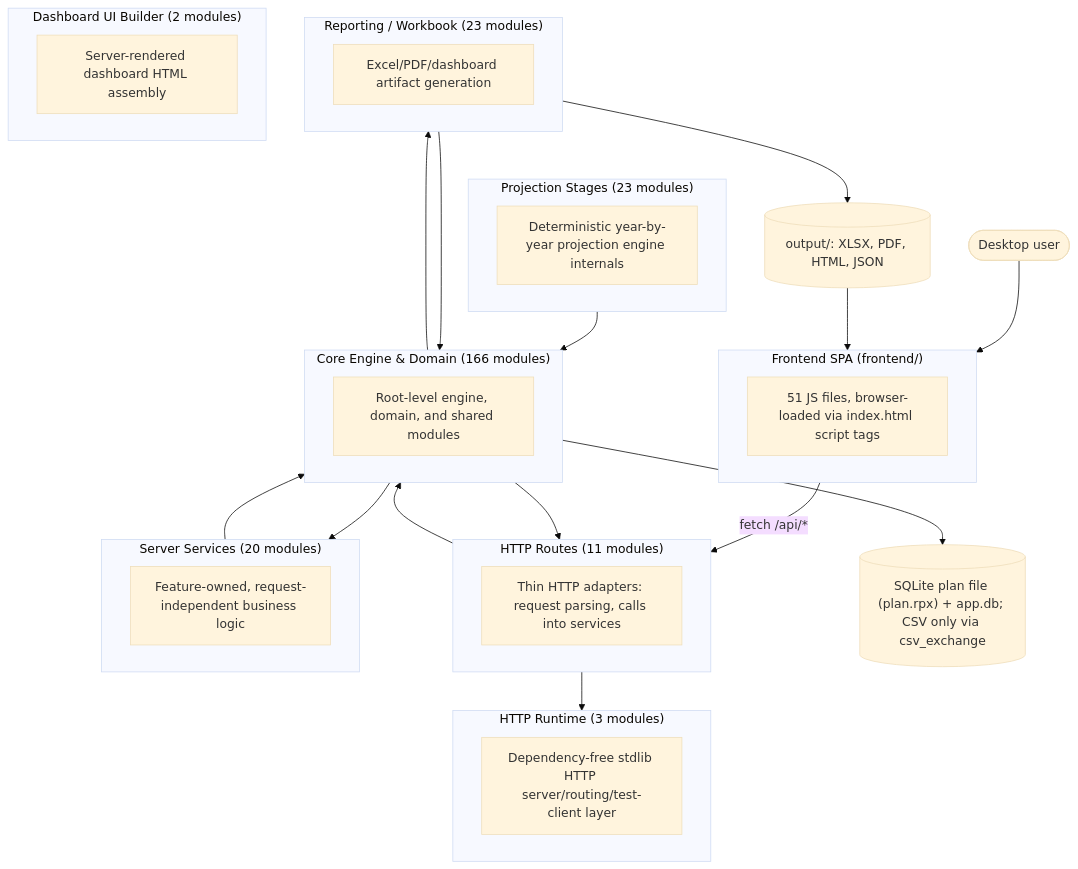
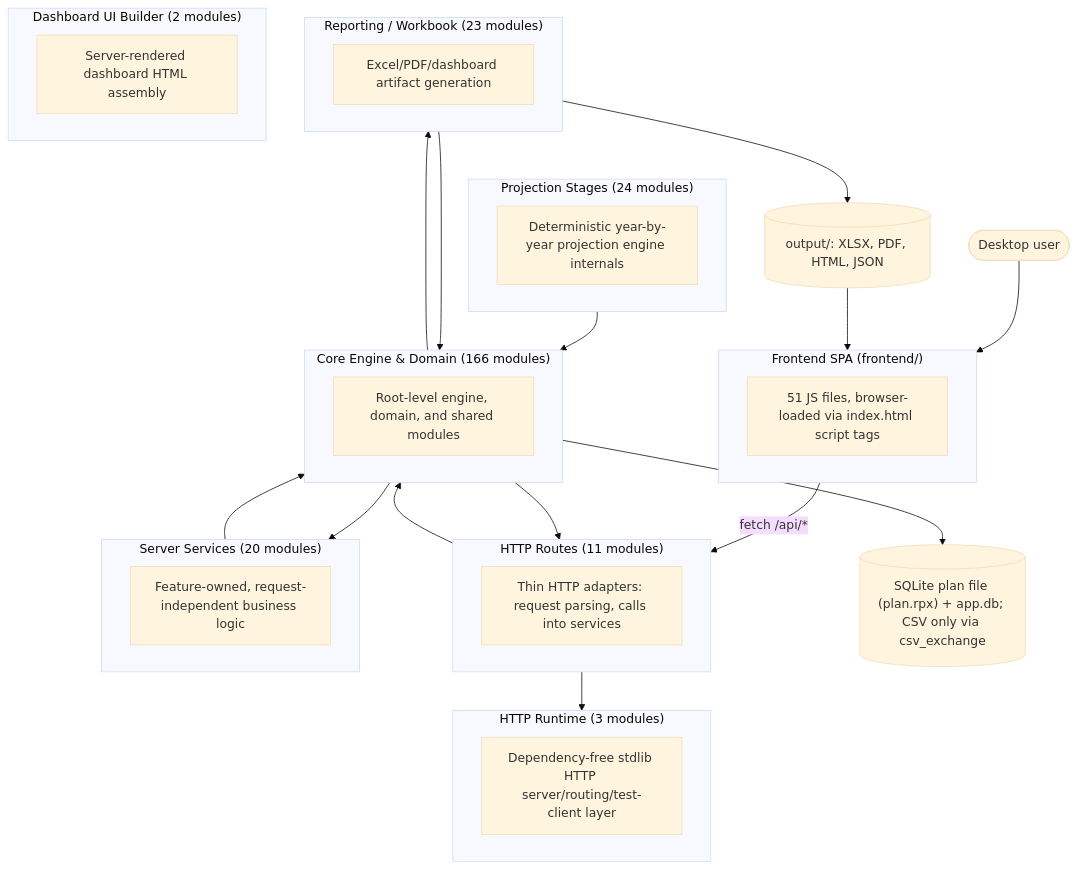
The first of 2 diagrams in documentation/reference/SYSTEM_ARCHITECTURE_DIAGRAM.md (matthartzman/retirement_system), drawn with Mermaid (base theme) before and after one commit. The commit also changed other lines of this file and 17 other files, not shown here.

````diff
--- a/documentation/reference/SYSTEM_ARCHITECTURE_DIAGRAM.md
+++ b/documentation/reference/SYSTEM_ARCHITECTURE_DIAGRAM.md
@@ -11,40 +11,40 @@
 ```mermaid
 flowchart TB
     User(["Desktop user"]) --> FE
     subgraph FE["Frontend SPA (frontend/)"]
         FEcount["51 JS files, browser-loaded via index.html script tags"]
     end
     FE -->|fetch /api/*| L_HTTP_Routes
     subgraph L_HTTP_Routes["HTTP Routes (11 modules)"]
         L_HTTP_Routes_d["Thin HTTP adapters: request parsing, calls into services"]
     end
     subgraph L_Server_Services["Server Services (20 modules)"]
         L_Server_Services_d["Feature-owned, request-independent business logic"]
     end
     subgraph L_HTTP_Runtime["HTTP Runtime (3 modules)"]
         L_HTTP_Runtime_d["Dependency-free stdlib HTTP server/routing/test-client layer"]
     end
     subgraph L_Core_Engine___Domain["Core Engine & Domain (166 modules)"]
         L_Core_Engine___Domain_d["Root-level engine, domain, and shared modules"]
     end
-    subgraph L_Projection_Stages["Projection Stages (23 modules)"]
+    subgraph L_Projection_Stages["Projection Stages (24 modules)"]
         L_Projection_Stages_d["Deterministic year-by-year projection engine internals"]
     end
     subgraph L_Reporting___Workbook["Reporting / Workbook (23 modules)"]
         L_Reporting___Workbook_d["Excel/PDF/dashboard artifact generation"]
     end
     subgraph L_Dashboard_UI_Builder["Dashboard UI Builder (2 modules)"]
         L_Dashboard_UI_Builder_d["Server-rendered dashboard HTML assembly"]
     end
     L_Core_Engine___Domain --> L_HTTP_Routes
     L_Core_Engine___Domain --> L_Reporting___Workbook
     L_Core_Engine___Domain --> L_Server_Services
     L_HTTP_Routes --> L_Core_Engine___Domain
     L_HTTP_Routes --> L_HTTP_Runtime
     L_Projection_Stages --> L_Core_Engine___Domain
     L_Reporting___Workbook --> L_Core_Engine___Domain
     L_Server_Services --> L_Core_Engine___Domain
     L_Core_Engine___Domain --> DB[("SQLite plan file (plan.rpx) + app.db; CSV only via csv_exchange")]
     L_Reporting___Workbook --> Outputs[("output/: XLSX, PDF, HTML, JSON")]
     Outputs --> FE
 ```
````
